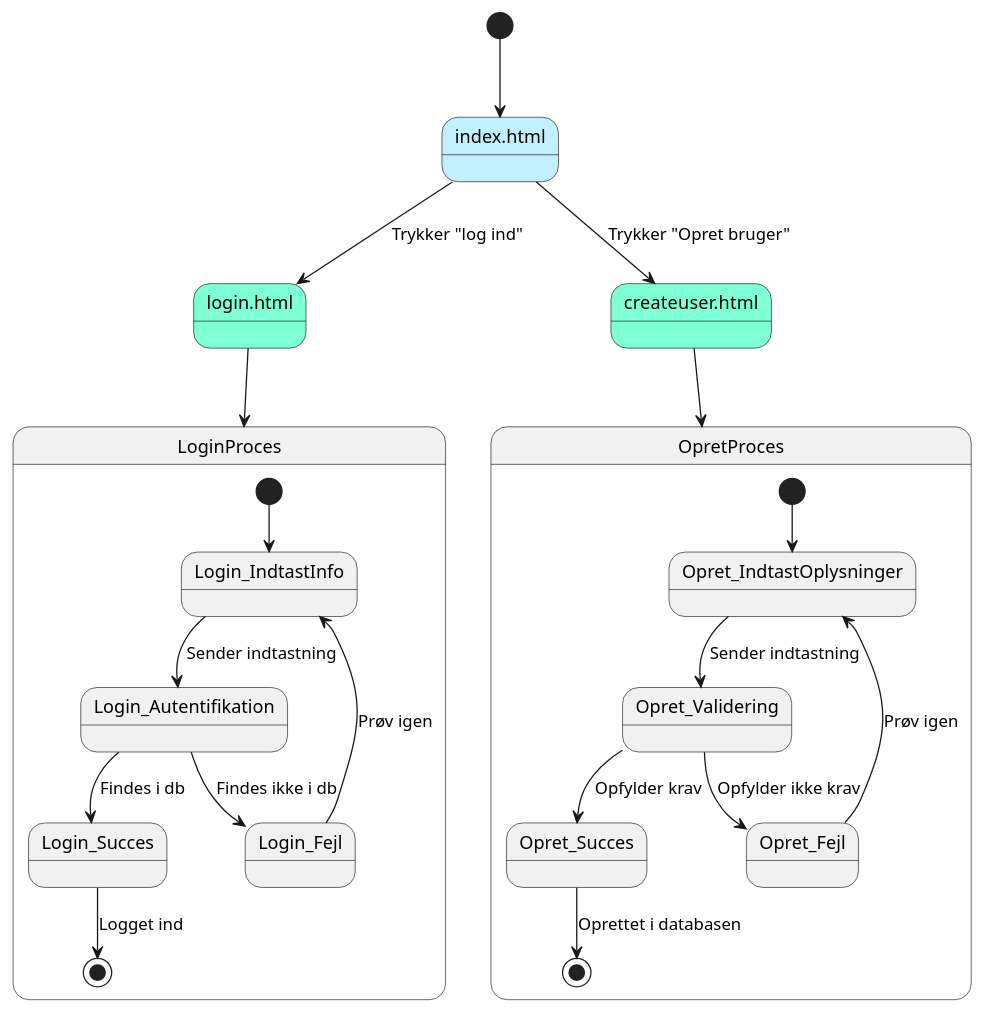
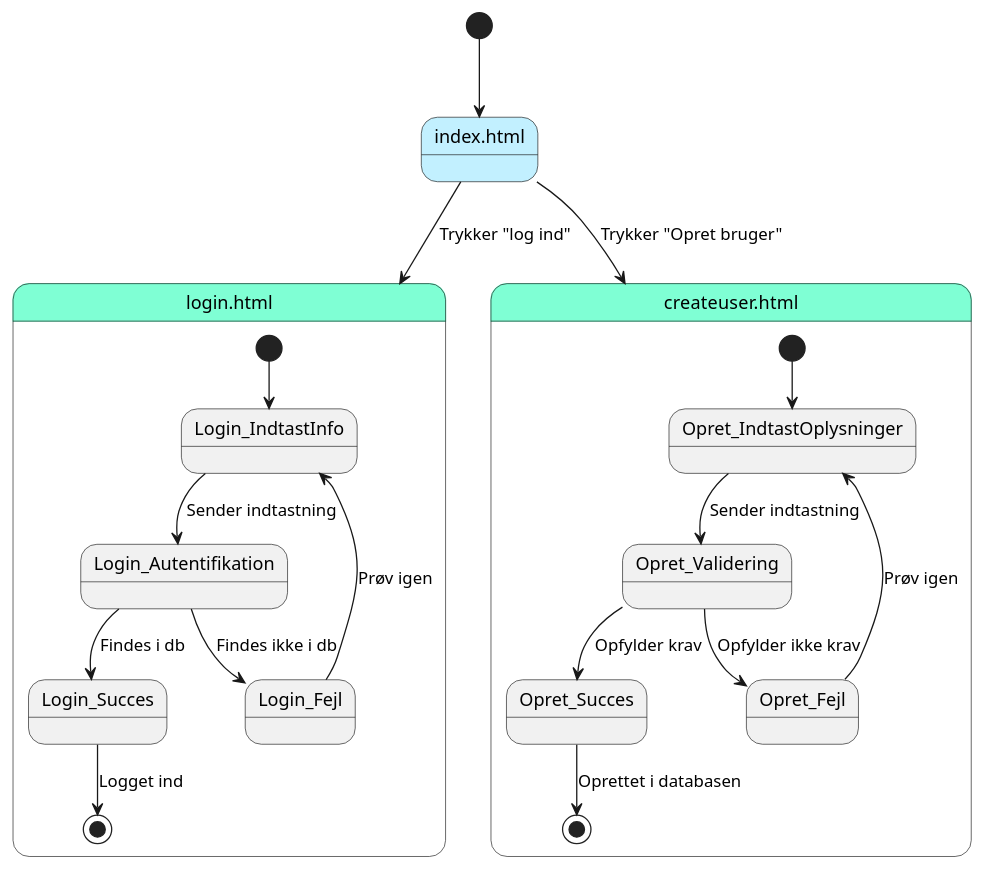
One commit to Mikkel-ao/Carport changed the diagram in docs/login_createuser_statediagram.puml. Above: the diagram before and after it, drawn with PlantUML.

Commit message:
Added composite state to state diagram

```diff
--- a/docs/login_createuser_statediagram.puml
+++ b/docs/login_createuser_statediagram.puml
@@ -1,32 +1,26 @@
 @startuml
 [*] --> Index
 
 state "index.html" as Index #Application
-state "login.html" as Login #Aquamarine
-state "createuser.html" as Opret #Aquamarine
-
-Index --> Login : Trykker "log ind"
-Index --> Opret : Trykker "Opret bruger"
-
-state LoginProces {
+state "login.html" as Login #Aquamarine {
   [*] --> Login_IndtastInfo
   Login_IndtastInfo --> Login_Autentifikation : Sender indtastning
   Login_Autentifikation --> Login_Succes : Findes i db
   Login_Autentifikation --> Login_Fejl : Findes ikke i db
   Login_Fejl --> Login_IndtastInfo : Prøv igen
   Login_Succes --> [*] : Logget ind
 }
 
-state OpretProces {
+state "createuser.html" as Opret #Aquamarine {
   [*] --> Opret_IndtastOplysninger
   Opret_IndtastOplysninger --> Opret_Validering : Sender indtastning
   Opret_Validering --> Opret_Succes : Opfylder krav
   Opret_Validering --> Opret_Fejl : Opfylder ikke krav
   Opret_Fejl --> Opret_IndtastOplysninger : Prøv igen
   Opret_Succes --> [*] : Oprettet i databasen
 }
 
-Login --> LoginProces
-Opret --> OpretProces
+Index --> Login : Trykker "log ind"
+Index --> Opret : Trykker "Opret bruger"
 
 @enduml
```
